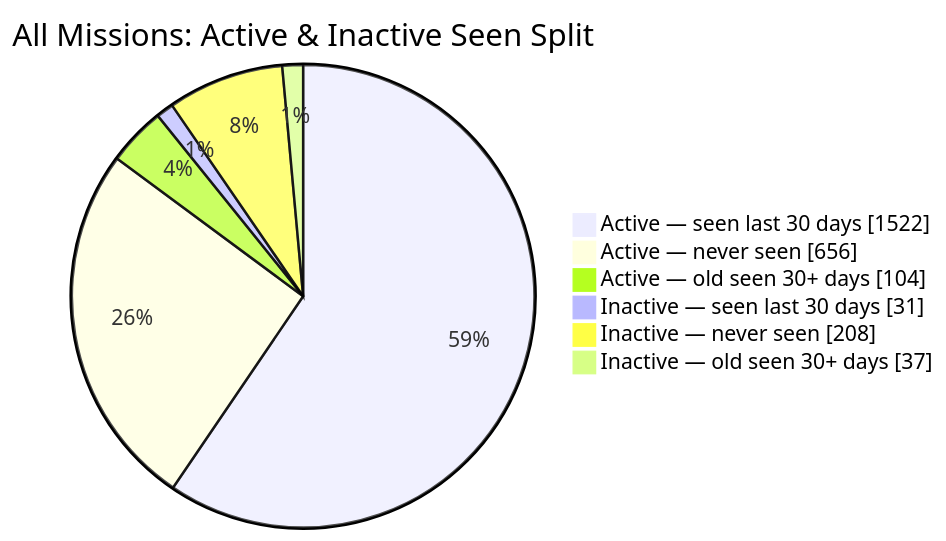
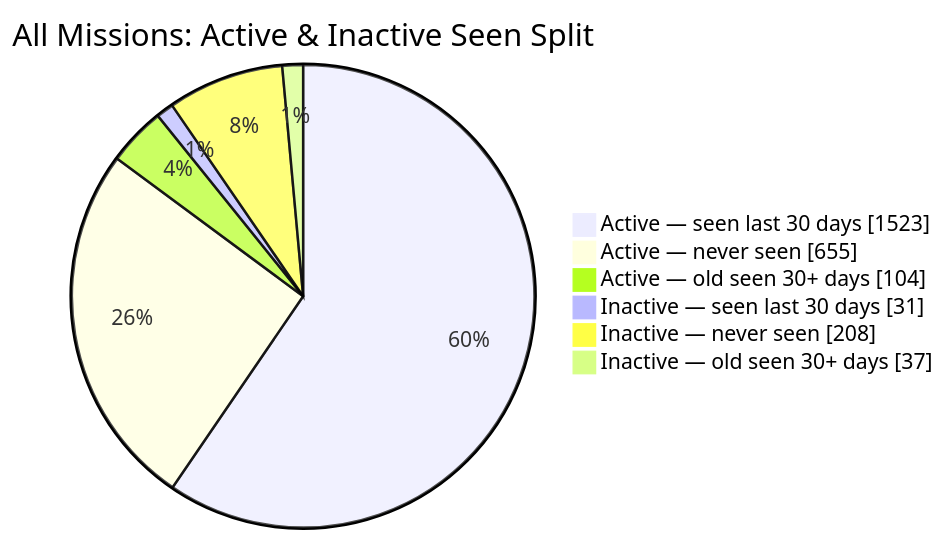
Before and after one commit to MeldkamerspelGameTeam/active-missions: the second of 2 diagrams in README.md, drawn with Mermaid. The commit also changed other lines of this file and 2 other files, not shown here.

````diff
--- a/README.md
+++ b/README.md
@@ -44,10 +44,10 @@
 ```mermaid
 pie showData
     title All Missions: Active & Inactive Seen Split
-    "Active — seen last 30 days" : 1522
-    "Active — never seen" : 656
+    "Active — seen last 30 days" : 1523
+    "Active — never seen" : 655
     "Active — old seen 30+ days" : 104
     "Inactive — seen last 30 days" : 31
     "Inactive — never seen" : 208
     "Inactive — old seen 30+ days" : 37
 ```
````
